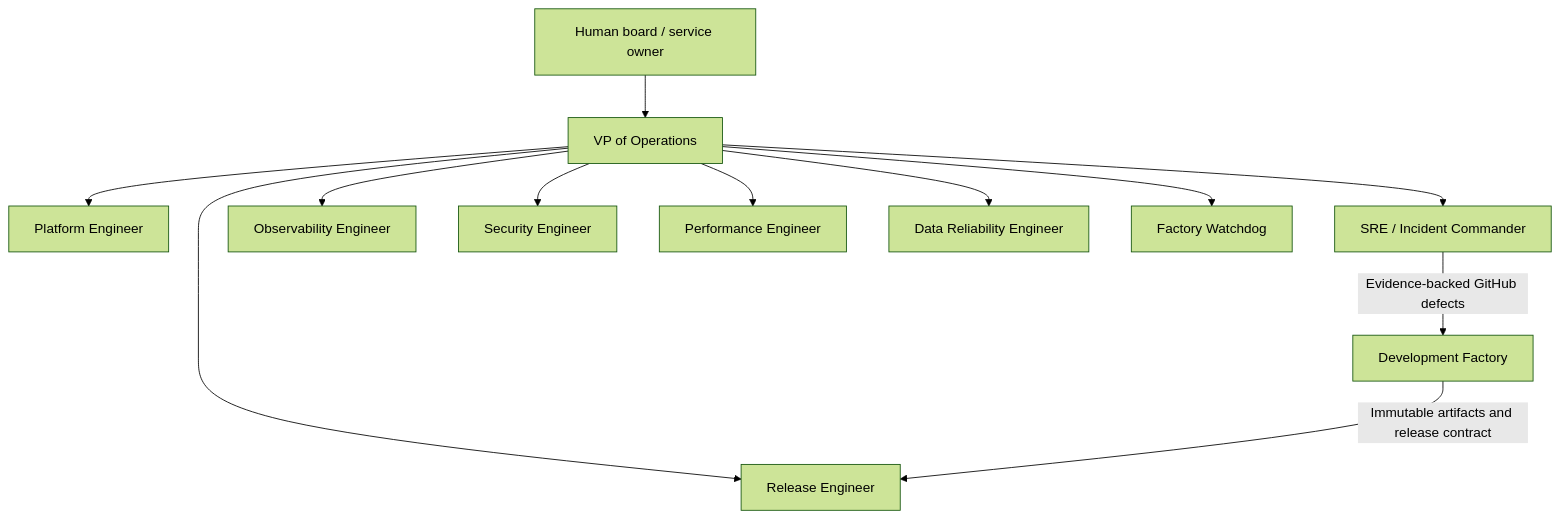
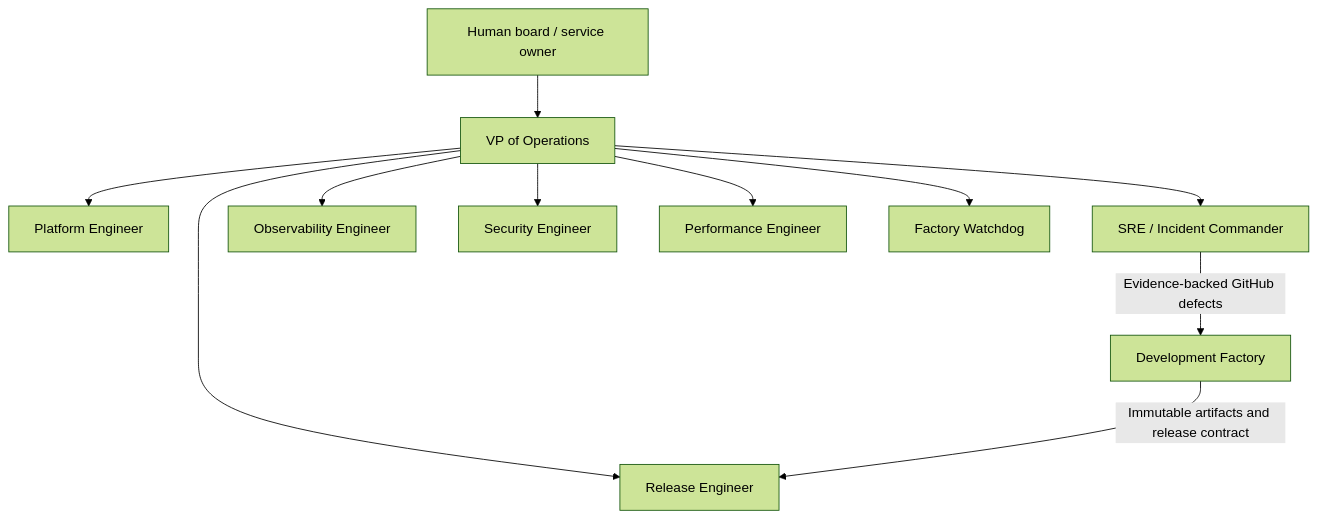
Before and after one commit to rolandtritsch/pcc-devops-demo: the diagram in docs/organization.md, drawn with Mermaid (forest theme). The commit also changed other lines of this file and 8 other files, not shown here.

Commit message:
Simplify the DevOps company by removing the data reliability role

````diff
--- a/docs/organization.md
+++ b/docs/organization.md
@@ -5,14 +5,13 @@
 ```mermaid
 flowchart TD
     Board[Human board / service owner] --> VP[VP of Operations]
     VP --> Release[Release Engineer]
     VP --> Platform[Platform Engineer]
     VP --> SRE[SRE / Incident Commander]
     VP --> Observe[Observability Engineer]
     VP --> Security[Security Engineer]
     VP --> Performance[Performance Engineer]
-    VP --> Data[Data Reliability Engineer]
     VP --> Watchdog[Factory Watchdog]
     Development[Development Factory] -->|Immutable artifacts and release contract| Release
     SRE -->|Evidence-backed GitHub defects| Development
 ```
````
